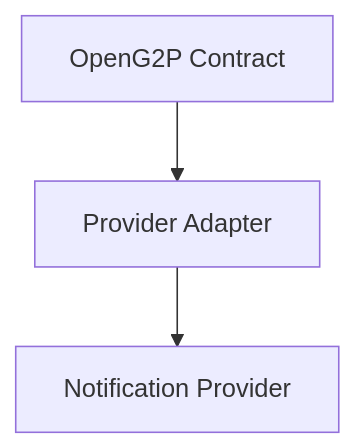
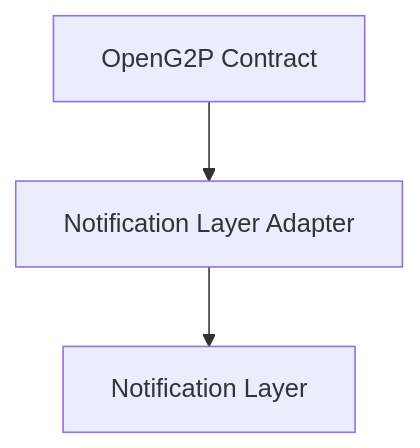
Before and after one commit to OpenG2P/openg2p-documentation: the ninth of 9 diagrams in platform/platform-services/notification/notification-architecture.md, drawn with Mermaid. The commit also changed other lines of this file and 1 other file, not shown here.

Commit message:
G2P-5694 refactor: notification architecture design documentation

````diff
--- a/platform/platform-services/notification/notification-architecture.md
+++ b/platform/platform-services/notification/notification-architecture.md
@@ -451,8 +226,8 @@
 ```mermaid
 flowchart TB
     Contract["OpenG2P Contract"]
-    Adapter["Provider Adapter"]
-    Provider["Notification Provider"]
+    Adapter["Notification Layer Adapter"]
+    Layer["Notification Layer"]
 
-    Contract --> Adapter --> Provider
+    Contract --> Adapter --> Layer
 ```
````
